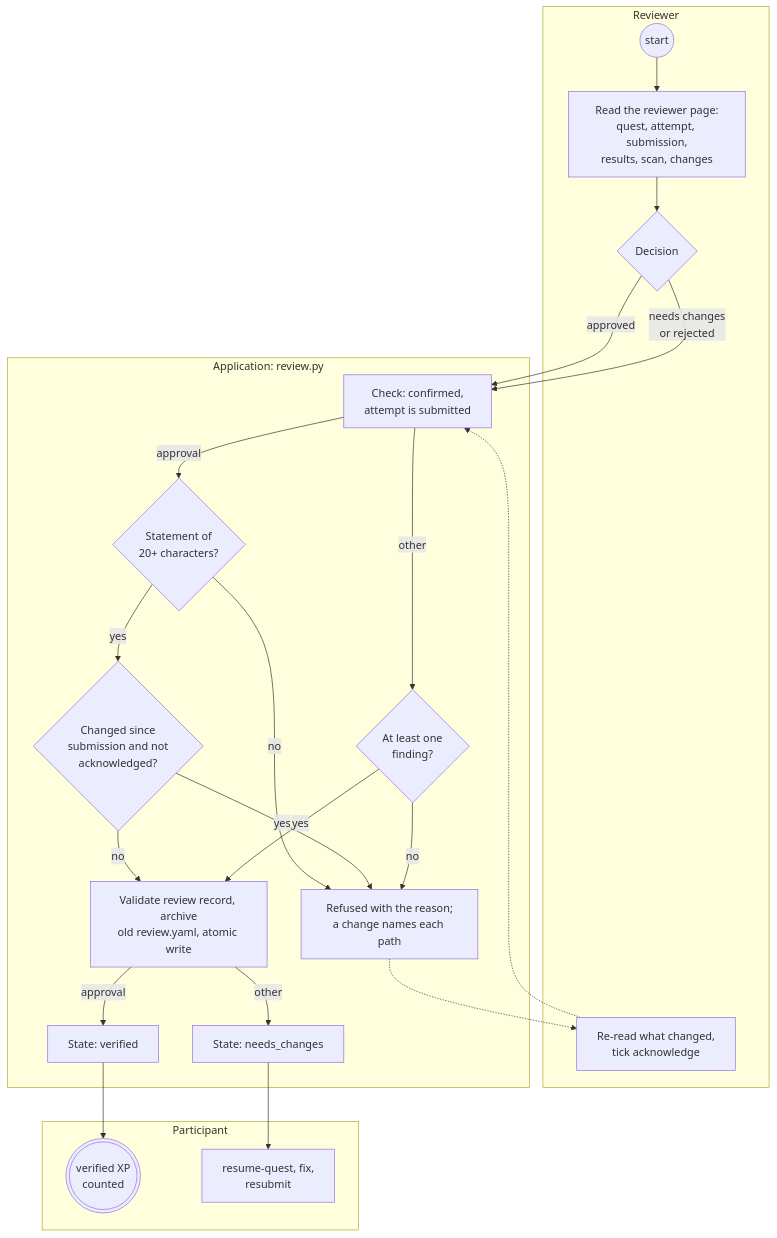
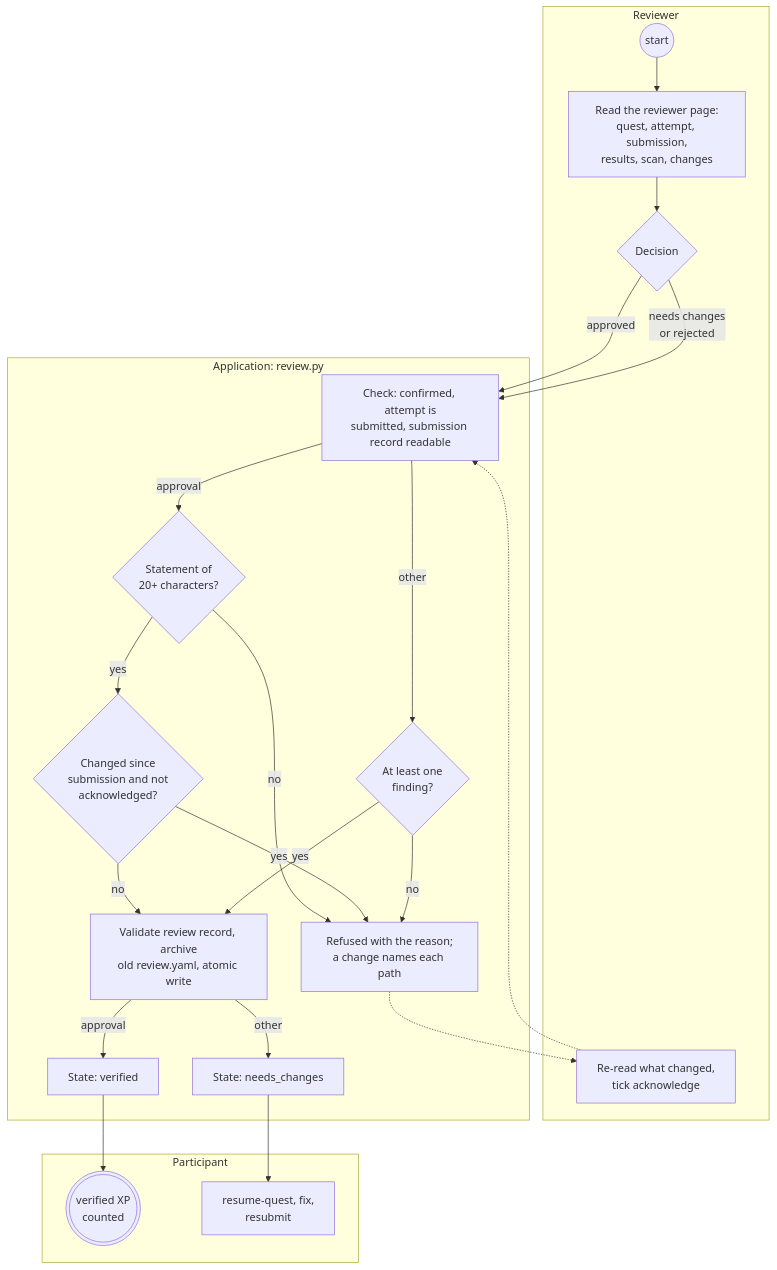
Before and after one commit to beekeeper-lab/golden-thread-quest: the fourth of 7 diagrams in docs/design/04-activity-flows.md, drawn with Mermaid. The commit also changed other lines of this file and 12 other files, not shown here.

````diff
--- a/docs/design/04-activity-flows.md
+++ b/docs/design/04-activity-flows.md
@@ -291,36 +313,36 @@
 ```mermaid
 flowchart TB
   subgraph RV["Reviewer"]
     s0(("start")) --> v1["Read the reviewer page:<br/>quest, attempt, submission,<br/>results, scan, changes"]
     v1 --> v2{"Decision"}
     v3["Re-read what changed,<br/>tick acknowledge"]
   end
   subgraph AP["Application: review.py"]
-    a0["Check: confirmed,<br/>attempt is submitted"]
+    a0["Check: confirmed, attempt is<br/>submitted, submission record readable"]
     a1{"Statement of<br/>20+ characters?"}
     a2{"Changed since<br/>submission and not<br/>acknowledged?"}
     a4{"At least one<br/>finding?"}
     a5["Validate review record, archive<br/>old review.yaml, atomic write"]
     a6["State: verified"]
     a7["State: needs_changes"]
     rA["Refused with the reason;<br/>a change names each path"]
   end
   subgraph PT["Participant"]
     t1((("verified XP<br/>counted")))
     t2["resume-quest, fix,<br/>resubmit"]
   end
   v2 -- approved --> a0
   v2 -- "needs changes<br/>or rejected" --> a0
   a0 -- approval --> a1
   a0 -- other --> a4
   a1 -- no --> rA
   a1 -- yes --> a2
   a2 -- no --> a5
   a2 -- yes --> rA
   rA -.-> v3
   v3 -.-> a0
   a4 -- no --> rA
   a4 -- yes --> a5
   a5 -- approval --> a6 --> t1
   a5 -- other --> a7 --> t2
 ```
````
